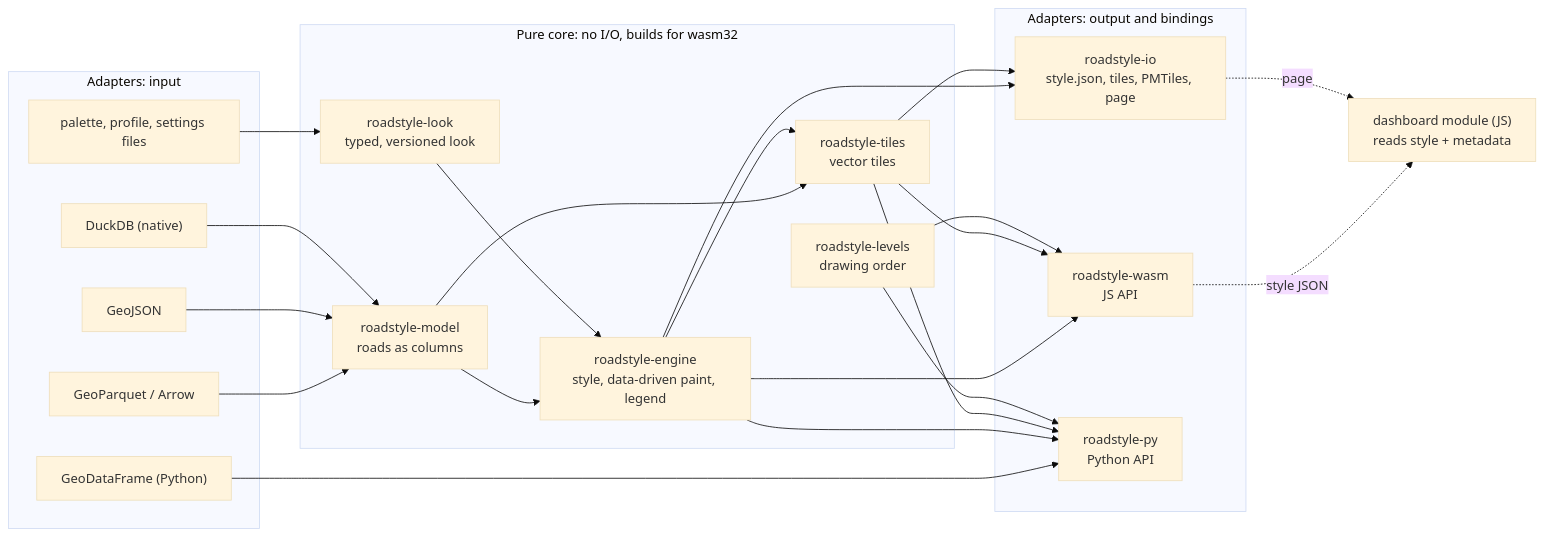
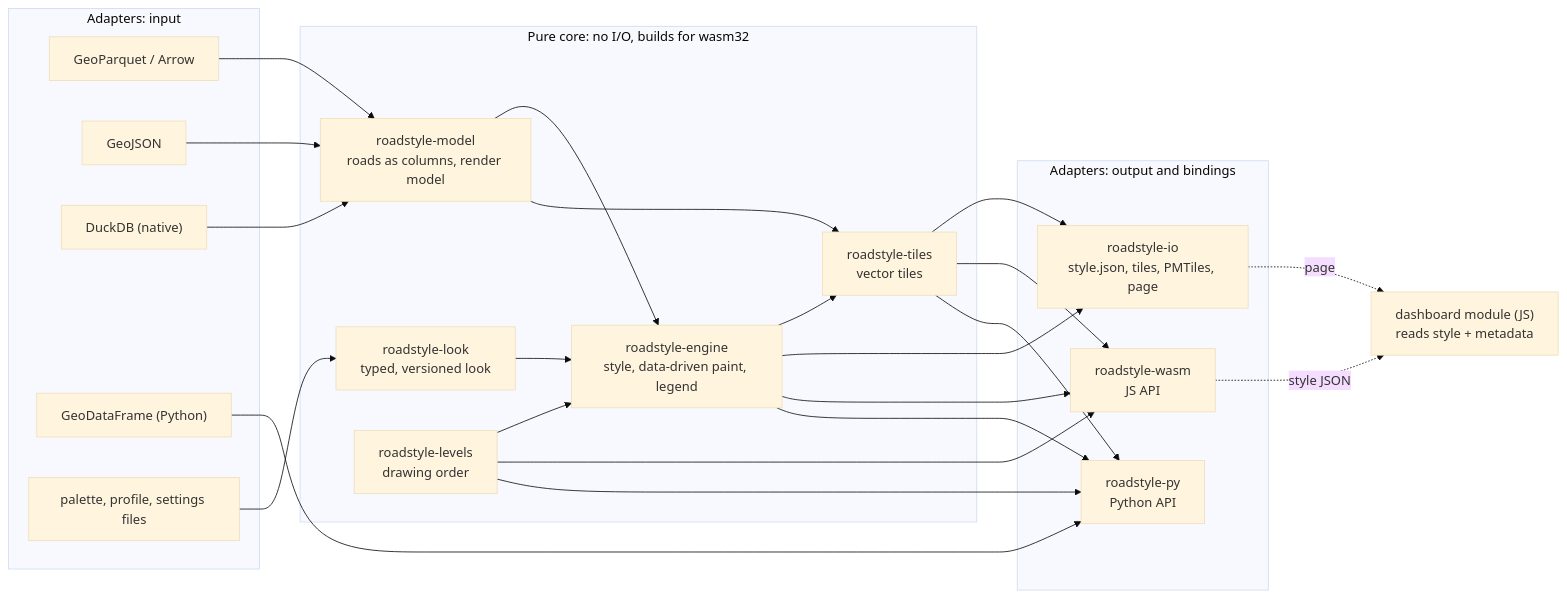
One commit to Khoshkhah/roadstyle changed the first of 10 diagrams in docs/design/rust_library.md. Above: the diagram before and after it, drawn with Mermaid (base theme). The commit also changed other lines of this file and 1 other file, not shown here.

First line of the commit message:
docs: the render model and the input formats in the Rust plan

````diff
--- a/docs/design/rust_library.md
+++ b/docs/design/rust_library.md
@@ -131,36 +134,37 @@
 ```mermaid
 flowchart LR
     subgraph adapters_in["Adapters: input"]
         PQ["GeoParquet / Arrow"]
         GJ["GeoJSON"]
         DDB["DuckDB (native)"]
         GDF["GeoDataFrame (Python)"]
         CFG["palette, profile, settings files"]
     end
     subgraph core["Pure core: no I/O, builds for wasm32"]
-        M["roadstyle-model<br/>roads as columns"]
+        M["roadstyle-model<br/>roads as columns, render model"]
         L["roadstyle-look<br/>typed, versioned look"]
         E["roadstyle-engine<br/>style, data-driven paint, legend"]
         T["roadstyle-tiles<br/>vector tiles"]
         LV["roadstyle-levels<br/>drawing order"]
         M --> E
         L --> E
         M --> T
         E --> T
+        LV --> E
     end
     subgraph adapters_out["Adapters: output and bindings"]
         IO["roadstyle-io<br/>style.json, tiles, PMTiles, page"]
         WASM["roadstyle-wasm<br/>JS API"]
         PY["roadstyle-py<br/>Python API"]
     end
     DASH["dashboard module (JS)<br/>reads style + metadata"]
     PQ & GJ & DDB --> M
     GDF --> PY
     CFG --> L
     E --> IO
     T --> IO
     E & T & LV --> WASM
     E & T & LV --> PY
     WASM -.->|"style JSON"| DASH
     IO -.->|"page"| DASH
 ```
````
